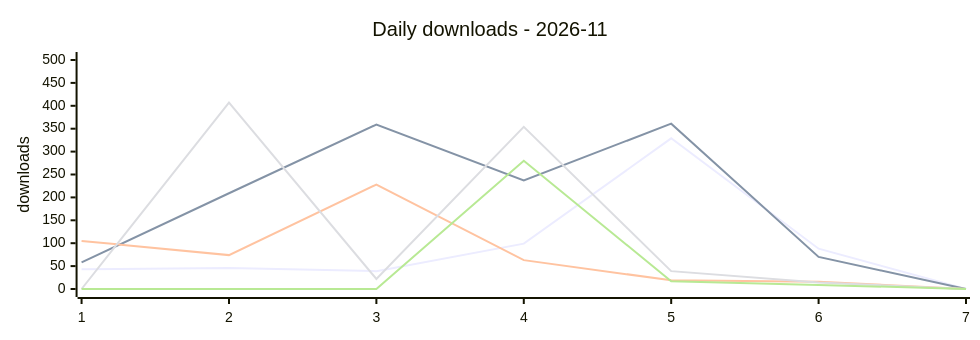
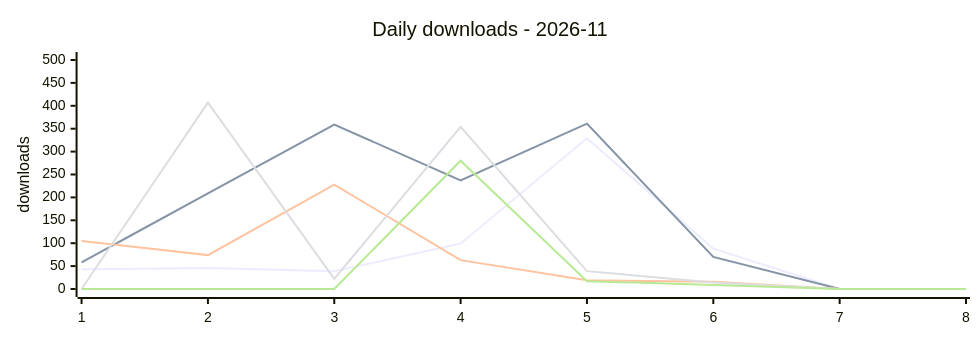
Before and after one commit to terry2010/npm-downloads-tracker: the first of 2 diagrams in DASHBOARD.md, drawn with Mermaid. The commit also changed other lines of this file and 1 other file, not shown here.

````diff
--- a/DASHBOARD.md
+++ b/DASHBOARD.md
@@ -25,12 +25,12 @@
 ```mermaid
 %%{init: {'xyChart': {'width': 960, 'height': 320}}}%%
 xychart-beta
     title "Daily downloads - 2026-11"
-    x-axis ["1", "2", "3", "4", "5", "6", "7"]
+    x-axis ["1", "2", "3", "4", "5", "6", "7", "8"]
     y-axis "downloads" 0 --> 500
-    line "dsh-loop-recover" [43, 46, 39, 99, 329, 88, 0]
-    line "dsh-rss-news-daily" [58, 209, 359, 237, 361, 70, 0]
-    line "opencode-loop-recover" [105, 74, 228, 63, 19, 16, 0]
-    line "oc-market-quail-zephyr-72a0" [0, 407, 22, 354, 39, 14, 0]
-    line "awesome-opencode-market" [0, 0, 0, 280, 17, 9, 0]
+    line "dsh-loop-recover" [43, 46, 39, 99, 329, 88, 0, 0]
+    line "dsh-rss-news-daily" [58, 209, 359, 237, 361, 70, 0, 0]
+    line "opencode-loop-recover" [105, 74, 228, 63, 19, 16, 0, 0]
+    line "oc-market-quail-zephyr-72a0" [0, 407, 22, 354, 39, 14, 0, 0]
+    line "awesome-opencode-market" [0, 0, 0, 280, 17, 9, 0, 0]
 ```
````
